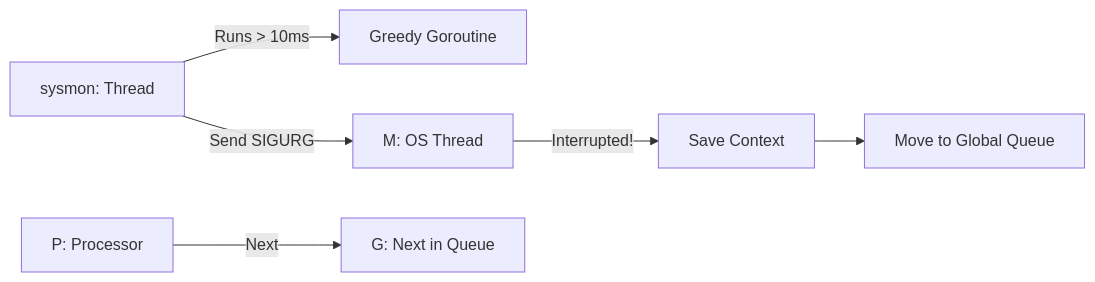
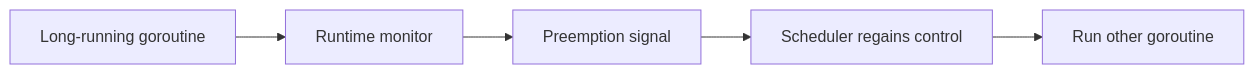
One commit to syahputrawork98-sketch/Golang-Knowledge-Base changed the diagram in RAK-03-evolution/SR-05-internals/BK-02-scheduler/CH-03-preemption/README.md. Above: the diagram before and after it, drawn with Mermaid. The commit also changed other lines of this file and 61 other files, not shown here.

````diff
--- a/RAK-03-evolution/SR-05-internals/BK-02-scheduler/CH-03-preemption/README.md
+++ b/RAK-03-evolution/SR-05-internals/BK-02-scheduler/CH-03-preemption/README.md
@@ -38,9 +35,7 @@
 ```mermaid
 graph LR
-    Sysmon[sysmon: Thread] -- "Runs > 10ms" --> G[Greedy Goroutine]
-    Sysmon -- "Send SIGURG" --> M[M: OS Thread]
-    M -- "Interrupted!" --> Save[Save Context]
-    Save --> GRQ[Move to Global Queue]
-    
-    P[P: Processor] -- "Next" --> Gnew[G: Next in Queue]
+    Loop[Long-running goroutine] --> Sysmon[Runtime monitor]
+    Sysmon --> Signal[Preemption signal]
+    Signal --> Yield[Scheduler regains control]
+    Yield --> Next[Run other goroutine]
 ```
````
